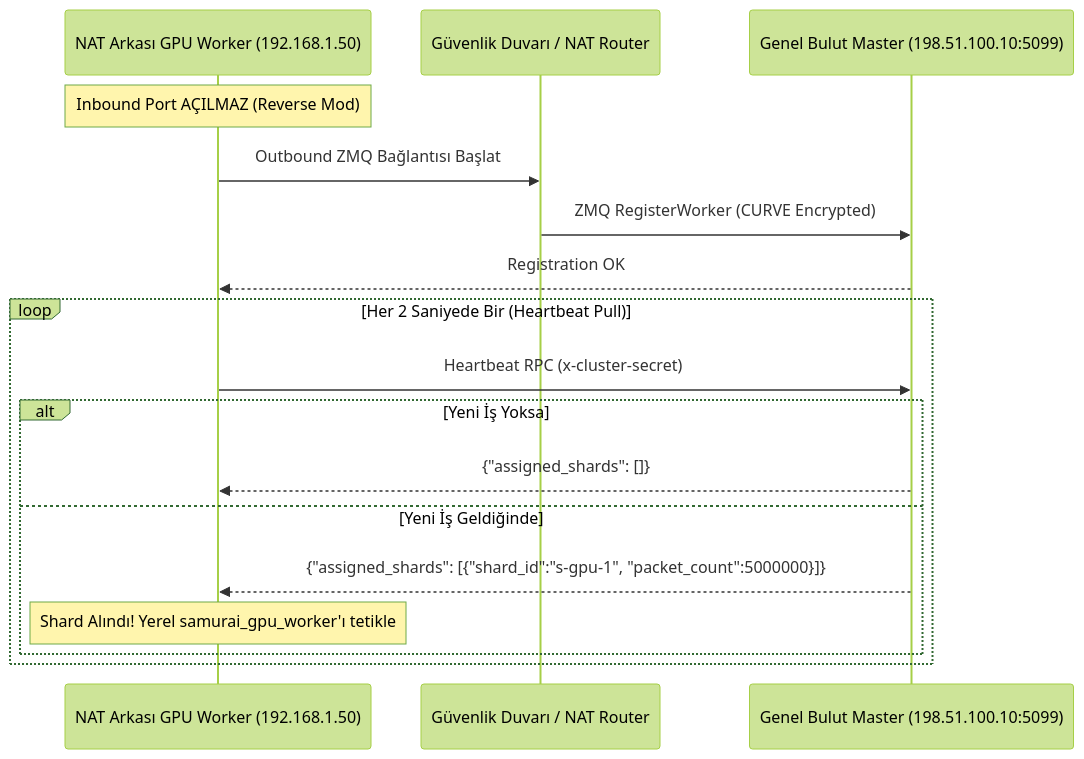
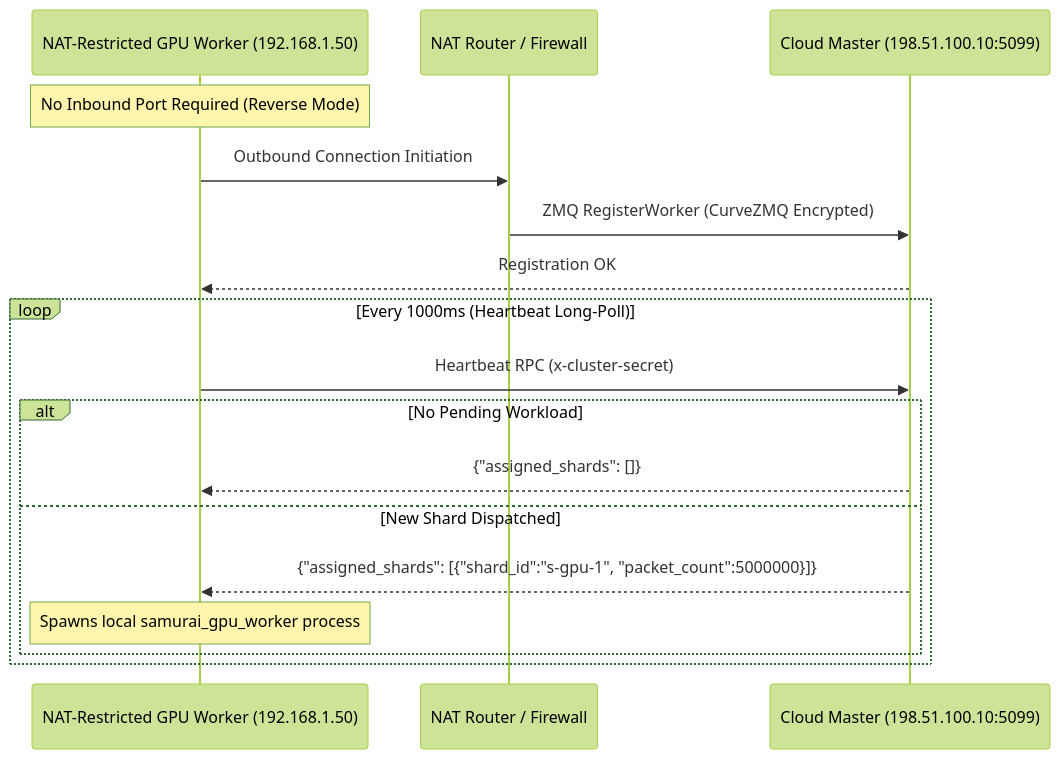
Before and after one commit to Mehmet8-Dev/Samurai: the fourth of 5 diagrams in docs/40-distributed-control-plane-handbook.md, drawn with Mermaid (forest theme). The commit also changed other lines of this file and 22 other files, not shown here.

````diff
--- a/docs/40-distributed-control-plane-handbook.md
+++ b/docs/40-distributed-control-plane-handbook.md
@@ -486,21 +487,21 @@
 ```mermaid
 sequenceDiagram
-    participant Worker as NAT Arkası GPU Worker (192.168.1.50)
-    participant FW as Güvenlik Duvarı / NAT Router
-    participant Master as Genel Bulut Master (198.51.100.10:5099)
+    participant Worker as NAT-Restricted GPU Worker (192.168.1.50)
+    participant FW as NAT Router / Firewall
+    participant Master as Cloud Master (198.51.100.10:5099)
 
-    Note over Worker: Inbound Port AÇILMAZ (Reverse Mod)
-    Worker->>FW: Outbound ZMQ Bağlantısı Başlat
-    FW->>Master: ZMQ RegisterWorker (CURVE Encrypted)
+    Note over Worker: No Inbound Port Required (Reverse Mode)
+    Worker->>FW: Outbound Connection Initiation
+    FW->>Master: ZMQ RegisterWorker (CurveZMQ Encrypted)
     Master-->>Worker: Registration OK
 
-    loop Her 2 Saniyede Bir (Heartbeat Pull)
+    loop Every 1000ms (Heartbeat Long-Poll)
         Worker->>Master: Heartbeat RPC (x-cluster-secret)
-        alt Yeni İş Yoksa
+        alt No Pending Workload
             Master-->>Worker: {"assigned_shards": []}
-        else Yeni İş Geldiğinde
+        else New Shard Dispatched
             Master-->>Worker: {"assigned_shards": [{"shard_id":"s-gpu-1", "packet_count":5000000}]}
-            Note over Worker: Shard Alındı! Yerel samurai_gpu_worker'ı tetikle
+            Note over Worker: Spawns local samurai_gpu_worker process
         end
     end
 ```
````
